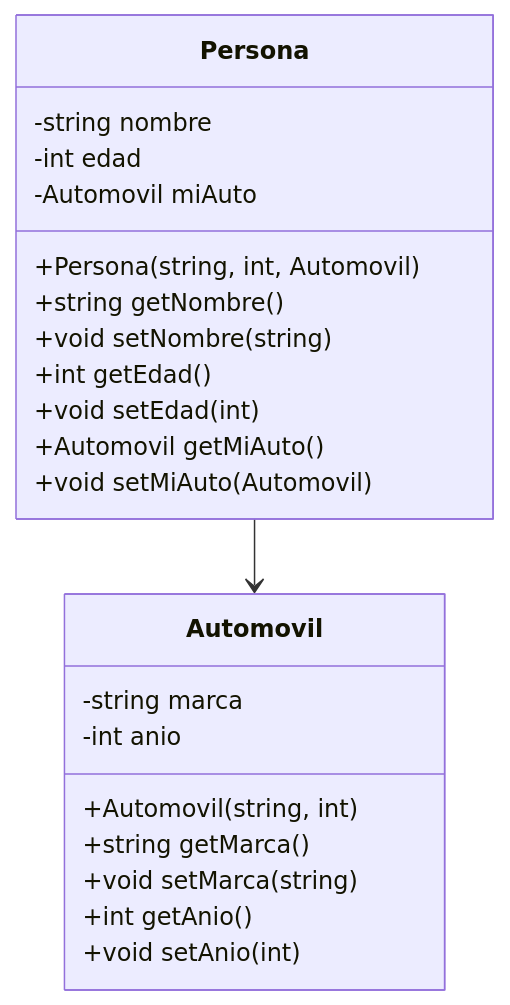
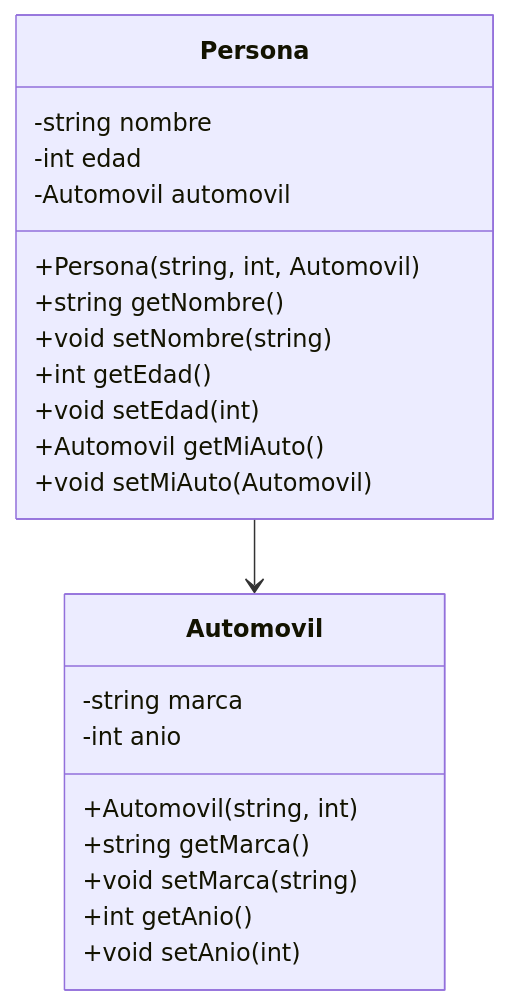
The first of 4 diagrams in 6. EjerciciosCod1Relaciones.md (lufe089/POO), drawn with Mermaid before and after one commit. The commit also changed other lines of this file, not shown here.

````diff
--- a/6. EjerciciosCod1Relaciones.md
+++ b/6. EjerciciosCod1Relaciones.md
@@ -13,27 +13,28 @@
 ```mermaid
 classDiagram
     class Persona {
         -string nombre
         -int edad
-        -Automovil miAuto
+        -Automovil automovil
+
         +Persona(string, int, Automovil)
         +string getNombre()
         +void setNombre(string)
         +int getEdad()
         +void setEdad(int)
         +Automovil getMiAuto()
         +void setMiAuto(Automovil)
     }
 
     class Automovil {
         -string marca
         -int anio
         +Automovil(string, int)
         +string getMarca()
         +void setMarca(string)
         +int getAnio()
         +void setAnio(int)
     }
 
     Persona --> Automovil
 ```
````
